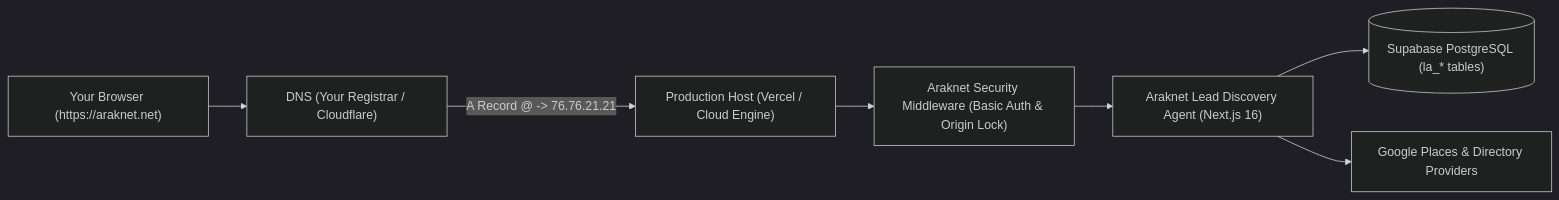
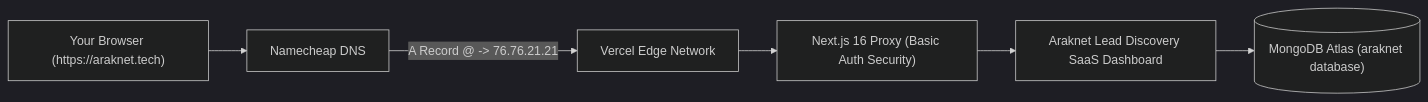
One commit to Alihussain121472/araknet-leads changed the diagram in docs/DOMAIN_SETUP_ARAKNET.md. Above: the diagram before and after it, drawn with Mermaid (dark theme). The commit also changed other lines of this file and 1 other file, not shown here.

Commit message:
Update docs for MongoDB Atlas and araknet.tech domain

````diff
--- a/docs/DOMAIN_SETUP_ARAKNET.md
+++ b/docs/DOMAIN_SETUP_ARAKNET.md
@@ -9,9 +9,8 @@
 ```mermaid
 flowchart LR
-    User["Your Browser (https://araknet.net)"] --> DNS["DNS (Your Registrar / Cloudflare)"]
-    DNS -->|A Record @ -> 76.76.21.21| Host["Production Host (Vercel / Cloud Engine)"]
-    Host --> Middleware["Araknet Security Middleware (Basic Auth & Origin Lock)"]
-    Middleware --> App["Araknet Lead Discovery Agent (Next.js 16)"]
-    App --> DB[("Supabase PostgreSQL (la_* tables)")]
-    App --> APIs["Google Places & Directory Providers"]
+    User["Your Browser (https://araknet.tech)"] --> DNS["Namecheap DNS"]
+    DNS -->|A Record @ -> 76.76.21.21| Vercel["Vercel Edge Network"]
+    Vercel --> Proxy["Next.js 16 Proxy (Basic Auth Security)"]
+    Proxy --> App["Araknet Lead Discovery SaaS Dashboard"]
+    App --> MongoDB[("MongoDB Atlas (araknet database)")]
 ```
````
